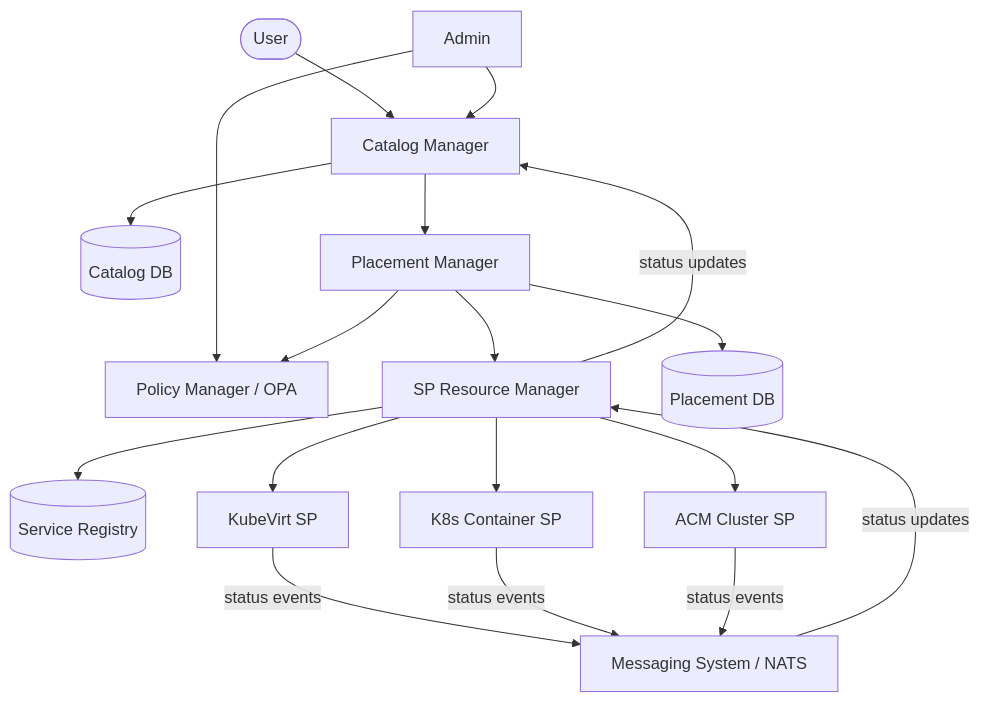
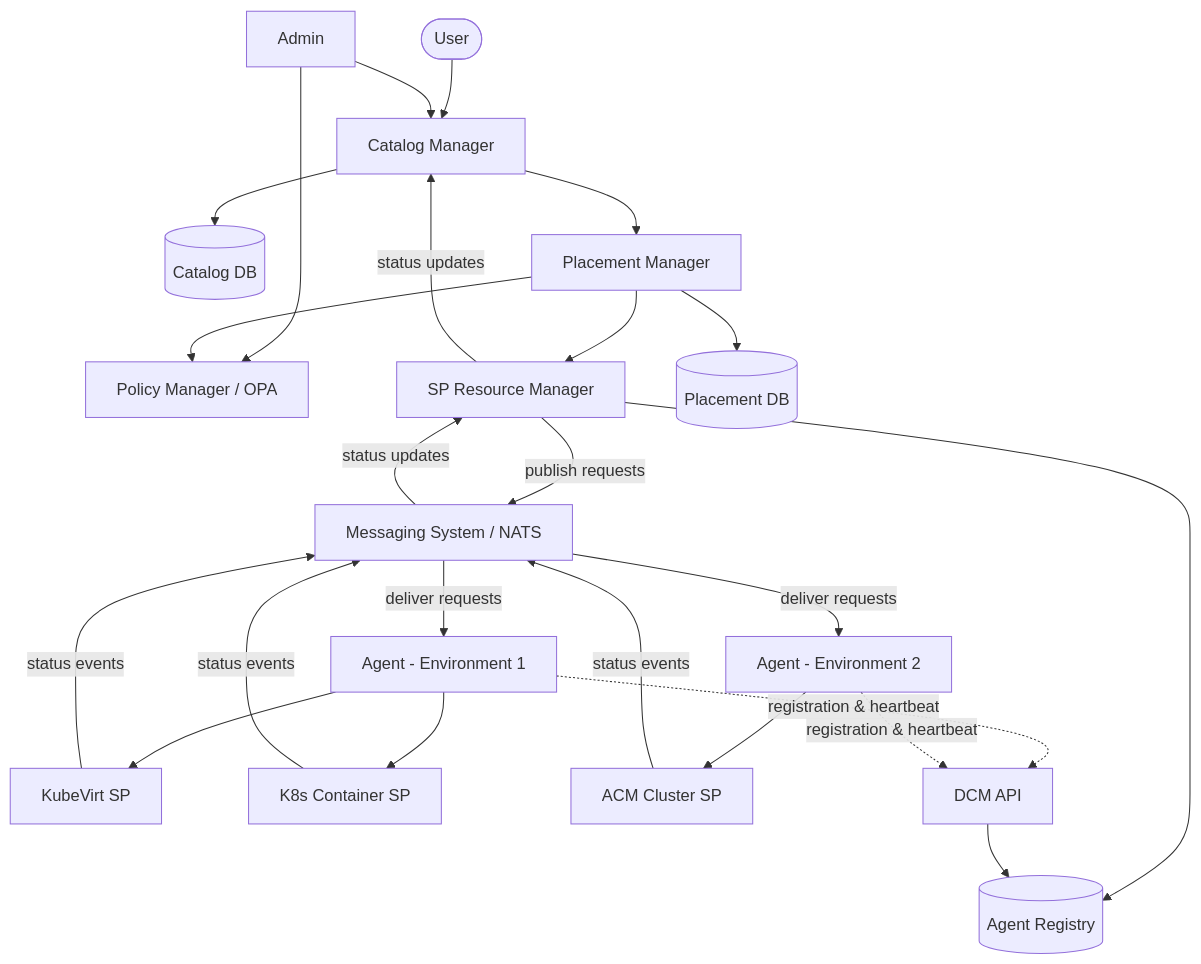
One commit to dcm-project/enhancements changed the first of 23 diagrams in enhancements/user-flows/user-flows.md. Above: the diagram before and after it, drawn with Mermaid. The commit also changed other lines of this file and 7 other files, not shown here.

First line of the commit message:
Reflect Agent Environment introduction to other enhancements

````diff
--- a/enhancements/user-flows/user-flows.md
+++ b/enhancements/user-flows/user-flows.md
@@ -67,36 +75,45 @@
 ```mermaid
 graph TB
     User([User])
     Admin[Admin]
     CM[Catalog Manager]
     CDB[(Catalog DB)]
     PM[Placement Manager]
     POL[Policy Manager / OPA]
     SPRM[SP Resource Manager]
-    SR[(Service Registry)]
+    AR[(Agent Registry)]
     DB[(Placement DB)]
-    MSG[Messaging System / NATS]
+    MS[Messaging System / NATS]
 
+    AG1[Agent - Environment 1]
+    AG2[Agent - Environment 2]
     SP1[KubeVirt SP]
     SP2[K8s Container SP]
     SP3[ACM Cluster SP]
 
     User --> CM
     Admin --> CM
     Admin --> POL
     CM --> CDB
     CM --> PM
     PM --> POL
     PM --> SPRM
     PM --> DB
-    SPRM --> SR
-    SPRM --> SP1
-    SPRM --> SP2
-    SPRM --> SP3
+    SPRM --> AR
+    SPRM -->|publish requests| MS
+    MS -->|deliver requests| AG1
+    MS -->|deliver requests| AG2
+    AG1 --> SP1
+    AG1 --> SP2
+    AG2 --> SP3
+    AG1 -.->|registration & heartbeat| DCM_API
+    AG2 -.->|registration & heartbeat| DCM_API
+    DCM_API[DCM API]
+    DCM_API --> AR
 
-    SP1 -->|status events| MSG
-    SP2 -->|status events| MSG
-    SP3 -->|status events| MSG
-    MSG -->|status updates| SPRM
+    SP1 -->|status events| MS
+    SP2 -->|status events| MS
+    SP3 -->|status events| MS
+    MS -->|status updates| SPRM
     SPRM -->|status updates| CM
 ```
````
